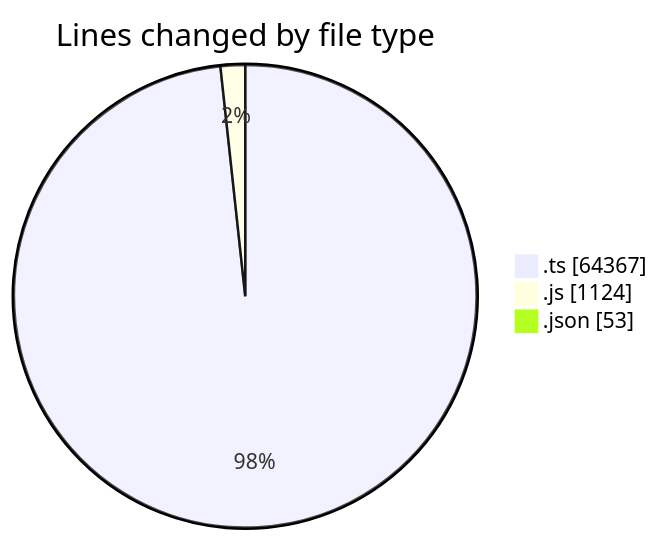
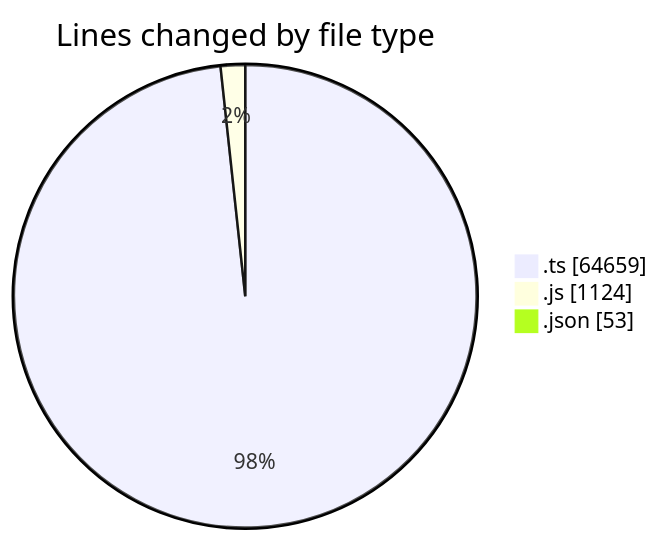
Before and after one commit to momahboobian/code-tracking: the first of 2 diagrams in 2026-10-23/cda/README.md, drawn with Mermaid. The commit also changed other lines of this file and 1 other file, not shown here.

````diff
--- a/2026-10-23/cda/README.md
+++ b/2026-10-23/cda/README.md
@@ -44,7 +46,7 @@
 ```mermaid
 pie showData
 title Lines changed by file type
-".ts" : 64367
+".ts" : 64659
 ".js" : 1124
 ".json" : 53
 ```
````
